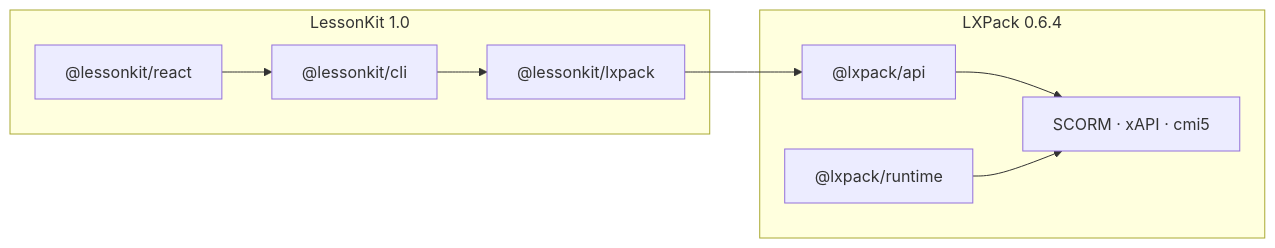
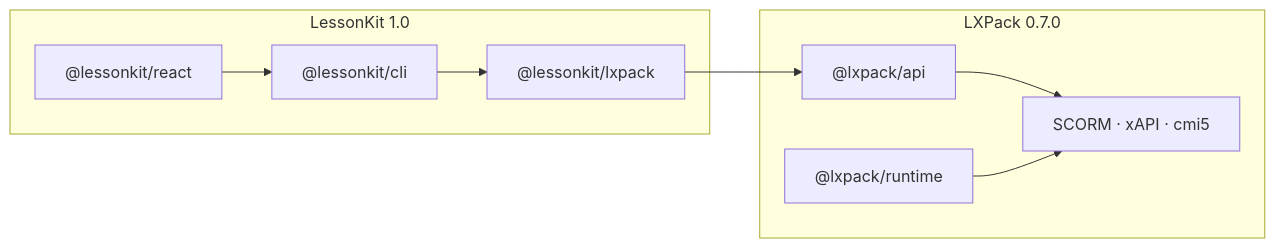
One commit to eddiethedean/lxpack changed the diagram in docs/LESSONKIT_INTEROPERABILITY.md. Above: the diagram before and after it, drawn with Mermaid. The commit also changed other lines of this file and 39 other files, not shown here.

````diff
--- a/docs/LESSONKIT_INTEROPERABILITY.md
+++ b/docs/LESSONKIT_INTEROPERABILITY.md
@@ -55,18 +55,18 @@
 ```mermaid
 flowchart LR
   subgraph lk [LessonKit 1.0]
     REACT["@lessonkit/react"]
     CLI["@lessonkit/cli"]
     LKL["@lessonkit/lxpack"]
   end
-  subgraph lxp [LXPack 0.6.4]
+  subgraph lxp [LXPack 0.7.0]
     API["@lxpack/api"]
     RT["@lxpack/runtime"]
     PKG["SCORM · xAPI · cmi5"]
   end
   REACT --> CLI
   CLI --> LKL
   LKL --> API
   API --> PKG
   RT --> PKG
 ```
````
